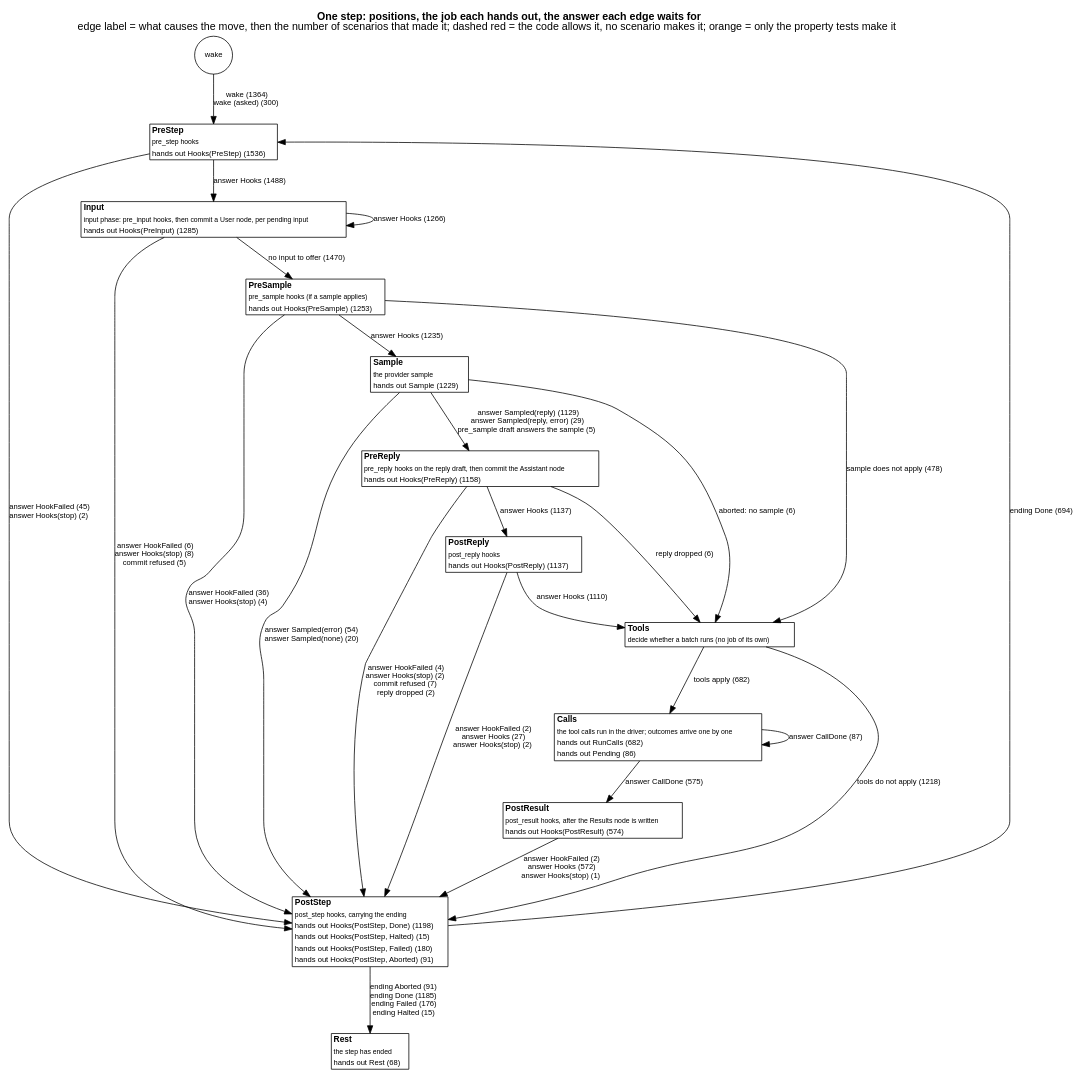
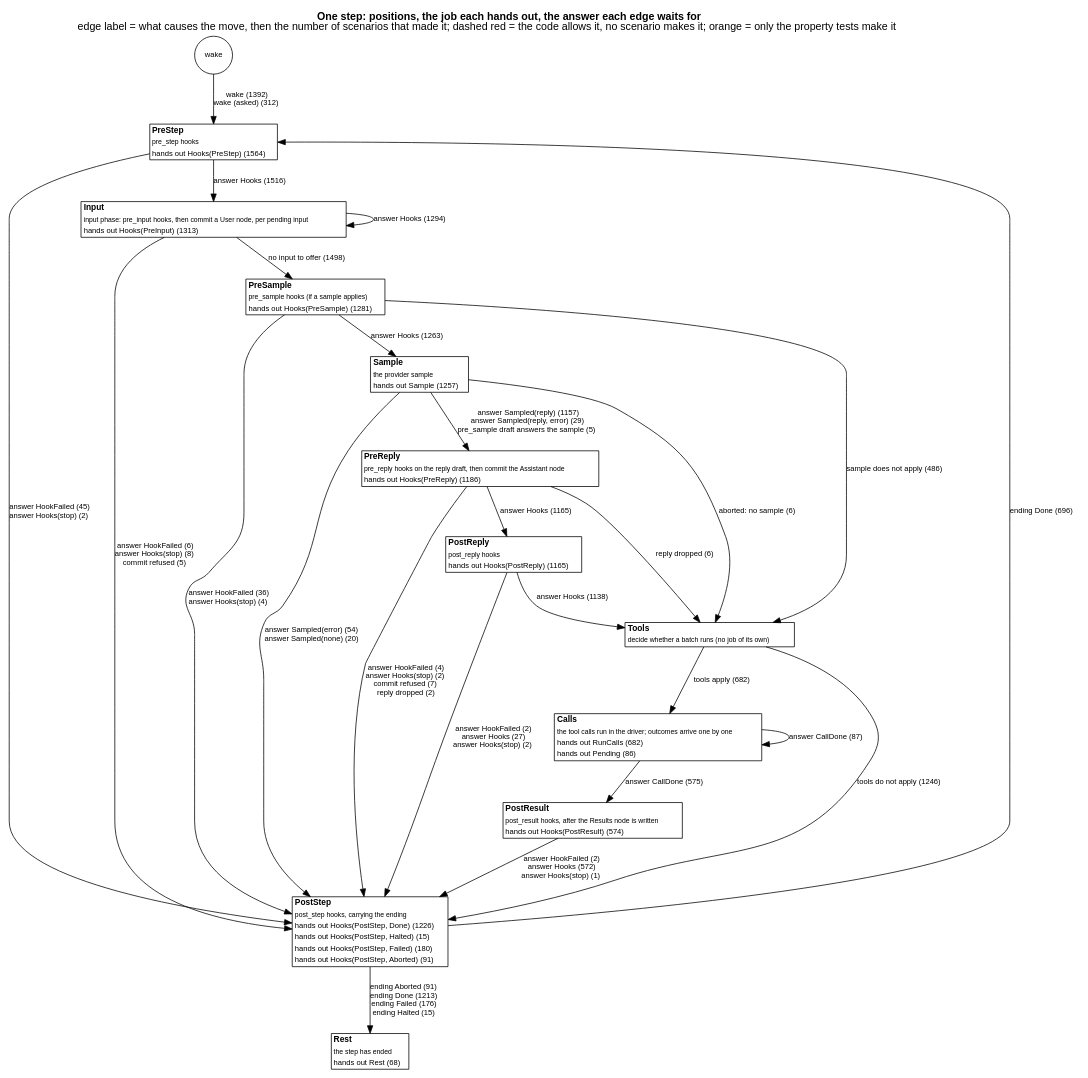
The diagram in docs/as-built/diagrams/step-positions.dot (jmccardle/tau), drawn with Graphviz before and after one commit. The commit also changed 38 other files, not shown here.

```diff
--- a/docs/as-built/diagrams/step-positions.dot
+++ b/docs/as-built/diagrams/step-positions.dot
@@ -1,42 +1,42 @@
 // Generated by scripts/diagrams.sh from the test suites' transitions. Do not edit.
 digraph step_positions {
   graph [rankdir=TB, fontname="Helvetica", nodesep=0.5, ranksep=0.6, labelloc=t, label=<<b>One step: positions, the job each hands out, the answer each edge waits for</b><br/>edge label = what causes the move, then the number of scenarios that made it; dashed red = the code allows it, no scenario makes it; orange = only the property tests make it>];
   node [shape=plain, fontname="Helvetica", fontsize=11];
   edge [fontname="Helvetica", fontsize=10];
   "(wake)" [shape=circle, label="wake", fontsize=10];
-  "PreStep" [label=<<table border="1" cellborder="0" cellspacing="0" bgcolor="white"><tr><td align="left"><b>PreStep</b></td></tr><tr><td align="left"><font point-size="9">pre_step hooks</font></td></tr><tr><td align="left"><font color="black" point-size="10">hands out Hooks(PreStep) (1536)</font></td></tr></table>>];
-  "Input" [label=<<table border="1" cellborder="0" cellspacing="0" bgcolor="white"><tr><td align="left"><b>Input</b></td></tr><tr><td align="left"><font point-size="9">input phase: pre_input hooks, then commit a User node, per pending input</font></td></tr><tr><td align="left"><font color="black" point-size="10">hands out Hooks(PreInput) (1285)</font></td></tr></table>>];
-  "PreSample" [label=<<table border="1" cellborder="0" cellspacing="0" bgcolor="white"><tr><td align="left"><b>PreSample</b></td></tr><tr><td align="left"><font point-size="9">pre_sample hooks (if a sample applies)</font></td></tr><tr><td align="left"><font color="black" point-size="10">hands out Hooks(PreSample) (1253)</font></td></tr></table>>];
-  "Sample" [label=<<table border="1" cellborder="0" cellspacing="0" bgcolor="white"><tr><td align="left"><b>Sample</b></td></tr><tr><td align="left"><font point-size="9">the provider sample</font></td></tr><tr><td align="left"><font color="black" point-size="10">hands out Sample (1229)</font></td></tr></table>>];
-  "PreReply" [label=<<table border="1" cellborder="0" cellspacing="0" bgcolor="white"><tr><td align="left"><b>PreReply</b></td></tr><tr><td align="left"><font point-size="9">pre_reply hooks on the reply draft, then commit the Assistant node</font></td></tr><tr><td align="left"><font color="black" point-size="10">hands out Hooks(PreReply) (1158)</font></td></tr></table>>];
-  "PostReply" [label=<<table border="1" cellborder="0" cellspacing="0" bgcolor="white"><tr><td align="left"><b>PostReply</b></td></tr><tr><td align="left"><font point-size="9">post_reply hooks</font></td></tr><tr><td align="left"><font color="black" point-size="10">hands out Hooks(PostReply) (1137)</font></td></tr></table>>];
+  "PreStep" [label=<<table border="1" cellborder="0" cellspacing="0" bgcolor="white"><tr><td align="left"><b>PreStep</b></td></tr><tr><td align="left"><font point-size="9">pre_step hooks</font></td></tr><tr><td align="left"><font color="black" point-size="10">hands out Hooks(PreStep) (1564)</font></td></tr></table>>];
+  "Input" [label=<<table border="1" cellborder="0" cellspacing="0" bgcolor="white"><tr><td align="left"><b>Input</b></td></tr><tr><td align="left"><font point-size="9">input phase: pre_input hooks, then commit a User node, per pending input</font></td></tr><tr><td align="left"><font color="black" point-size="10">hands out Hooks(PreInput) (1313)</font></td></tr></table>>];
+  "PreSample" [label=<<table border="1" cellborder="0" cellspacing="0" bgcolor="white"><tr><td align="left"><b>PreSample</b></td></tr><tr><td align="left"><font point-size="9">pre_sample hooks (if a sample applies)</font></td></tr><tr><td align="left"><font color="black" point-size="10">hands out Hooks(PreSample) (1281)</font></td></tr></table>>];
+  "Sample" [label=<<table border="1" cellborder="0" cellspacing="0" bgcolor="white"><tr><td align="left"><b>Sample</b></td></tr><tr><td align="left"><font point-size="9">the provider sample</font></td></tr><tr><td align="left"><font color="black" point-size="10">hands out Sample (1257)</font></td></tr></table>>];
+  "PreReply" [label=<<table border="1" cellborder="0" cellspacing="0" bgcolor="white"><tr><td align="left"><b>PreReply</b></td></tr><tr><td align="left"><font point-size="9">pre_reply hooks on the reply draft, then commit the Assistant node</font></td></tr><tr><td align="left"><font color="black" point-size="10">hands out Hooks(PreReply) (1186)</font></td></tr></table>>];
+  "PostReply" [label=<<table border="1" cellborder="0" cellspacing="0" bgcolor="white"><tr><td align="left"><b>PostReply</b></td></tr><tr><td align="left"><font point-size="9">post_reply hooks</font></td></tr><tr><td align="left"><font color="black" point-size="10">hands out Hooks(PostReply) (1165)</font></td></tr></table>>];
   "Tools" [label=<<table border="1" cellborder="0" cellspacing="0" bgcolor="white"><tr><td align="left"><b>Tools</b></td></tr><tr><td align="left"><font point-size="9">decide whether a batch runs (no job of its own)</font></td></tr></table>>];
   "Calls" [label=<<table border="1" cellborder="0" cellspacing="0" bgcolor="white"><tr><td align="left"><b>Calls</b></td></tr><tr><td align="left"><font point-size="9">the tool calls run in the driver; outcomes arrive one by one</font></td></tr><tr><td align="left"><font color="black" point-size="10">hands out RunCalls (682)</font></td></tr><tr><td align="left"><font color="black" point-size="10">hands out Pending (86)</font></td></tr></table>>];
   "PostResult" [label=<<table border="1" cellborder="0" cellspacing="0" bgcolor="white"><tr><td align="left"><b>PostResult</b></td></tr><tr><td align="left"><font point-size="9">post_result hooks, after the Results node is written</font></td></tr><tr><td align="left"><font color="black" point-size="10">hands out Hooks(PostResult) (574)</font></td></tr></table>>];
-  "PostStep" [label=<<table border="1" cellborder="0" cellspacing="0" bgcolor="white"><tr><td align="left"><b>PostStep</b></td></tr><tr><td align="left"><font point-size="9">post_step hooks, carrying the ending</font></td></tr><tr><td align="left"><font color="black" point-size="10">hands out Hooks(PostStep, Done) (1198)</font></td></tr><tr><td align="left"><font color="black" point-size="10">hands out Hooks(PostStep, Halted) (15)</font></td></tr><tr><td align="left"><font color="black" point-size="10">hands out Hooks(PostStep, Failed) (180)</font></td></tr><tr><td align="left"><font color="black" point-size="10">hands out Hooks(PostStep, Aborted) (91)</font></td></tr></table>>];
+  "PostStep" [label=<<table border="1" cellborder="0" cellspacing="0" bgcolor="white"><tr><td align="left"><b>PostStep</b></td></tr><tr><td align="left"><font point-size="9">post_step hooks, carrying the ending</font></td></tr><tr><td align="left"><font color="black" point-size="10">hands out Hooks(PostStep, Done) (1226)</font></td></tr><tr><td align="left"><font color="black" point-size="10">hands out Hooks(PostStep, Halted) (15)</font></td></tr><tr><td align="left"><font color="black" point-size="10">hands out Hooks(PostStep, Failed) (180)</font></td></tr><tr><td align="left"><font color="black" point-size="10">hands out Hooks(PostStep, Aborted) (91)</font></td></tr></table>>];
   "Rest" [label=<<table border="1" cellborder="0" cellspacing="0" bgcolor="white"><tr><td align="left"><b>Rest</b></td></tr><tr><td align="left"><font point-size="9">the step has ended</font></td></tr><tr><td align="left"><font color="black" point-size="10">hands out Rest (68)</font></td></tr></table>>];
-  "(wake)" -> "PreStep" [label=<wake (1364)<br/>wake (asked) (300)>, color="black", style=solid];
+  "(wake)" -> "PreStep" [label=<wake (1392)<br/>wake (asked) (312)>, color="black", style=solid];
   "Calls" -> "Calls" [label=<answer CallDone (87)>, color="black", style=solid];
   "Calls" -> "PostResult" [label=<answer CallDone (575)>, color="black", style=solid];
-  "Input" -> "Input" [label=<answer Hooks (1266)>, color="black", style=solid];
+  "Input" -> "Input" [label=<answer Hooks (1294)>, color="black", style=solid];
   "Input" -> "PostStep" [label=<answer HookFailed (6)<br/>answer Hooks(stop) (8)<br/>commit refused (5)>, color="black", style=solid];
-  "Input" -> "PreSample" [label=<no input to offer (1470)>, color="black", style=solid];
+  "Input" -> "PreSample" [label=<no input to offer (1498)>, color="black", style=solid];
   "PostReply" -> "PostStep" [label=<answer HookFailed (2)<br/>answer Hooks (27)<br/>answer Hooks(stop) (2)>, color="black", style=solid];
-  "PostReply" -> "Tools" [label=<answer Hooks (1110)>, color="black", style=solid];
+  "PostReply" -> "Tools" [label=<answer Hooks (1138)>, color="black", style=solid];
   "PostResult" -> "PostStep" [label=<answer HookFailed (2)<br/>answer Hooks (572)<br/>answer Hooks(stop) (1)>, color="black", style=solid];
-  "PostStep" -> "PreStep" [label=<ending Done (694)>, color="black", style=solid];
-  "PostStep" -> "Rest" [label=<ending Aborted (91)<br/>ending Done (1185)<br/>ending Failed (176)<br/>ending Halted (15)>, color="black", style=solid];
-  "PreReply" -> "PostReply" [label=<answer Hooks (1137)>, color="black", style=solid];
+  "PostStep" -> "PreStep" [label=<ending Done (696)>, color="black", style=solid];
+  "PostStep" -> "Rest" [label=<ending Aborted (91)<br/>ending Done (1213)<br/>ending Failed (176)<br/>ending Halted (15)>, color="black", style=solid];
+  "PreReply" -> "PostReply" [label=<answer Hooks (1165)>, color="black", style=solid];
   "PreReply" -> "PostStep" [label=<answer HookFailed (4)<br/>answer Hooks(stop) (2)<br/>commit refused (7)<br/>reply dropped (2)>, color="black", style=solid];
   "PreReply" -> "Tools" [label=<reply dropped (6)>, color="black", style=solid];
   "PreSample" -> "PostStep" [label=<answer HookFailed (36)<br/>answer Hooks(stop) (4)>, color="black", style=solid];
-  "PreSample" -> "Sample" [label=<answer Hooks (1235)>, color="black", style=solid];
-  "PreSample" -> "Tools" [label=<sample does not apply (478)>, color="black", style=solid];
-  "PreStep" -> "Input" [label=<answer Hooks (1488)>, color="black", style=solid];
+  "PreSample" -> "Sample" [label=<answer Hooks (1263)>, color="black", style=solid];
+  "PreSample" -> "Tools" [label=<sample does not apply (486)>, color="black", style=solid];
+  "PreStep" -> "Input" [label=<answer Hooks (1516)>, color="black", style=solid];
   "PreStep" -> "PostStep" [label=<answer HookFailed (45)<br/>answer Hooks(stop) (2)>, color="black", style=solid];
   "Sample" -> "PostStep" [label=<answer Sampled(error) (54)<br/>answer Sampled(none) (20)>, color="black", style=solid];
-  "Sample" -> "PreReply" [label=<answer Sampled(reply) (1129)<br/>answer Sampled(reply, error) (29)<br/>pre_sample draft answers the sample (5)>, color="black", style=solid];
+  "Sample" -> "PreReply" [label=<answer Sampled(reply) (1157)<br/>answer Sampled(reply, error) (29)<br/>pre_sample draft answers the sample (5)>, color="black", style=solid];
   "Sample" -> "Tools" [label=<aborted: no sample (6)>, color="black", style=solid];
   "Tools" -> "Calls" [label=<tools apply (682)>, color="black", style=solid];
-  "Tools" -> "PostStep" [label=<tools do not apply (1218)>, color="black", style=solid];
+  "Tools" -> "PostStep" [label=<tools do not apply (1246)>, color="black", style=solid];
 }
```
